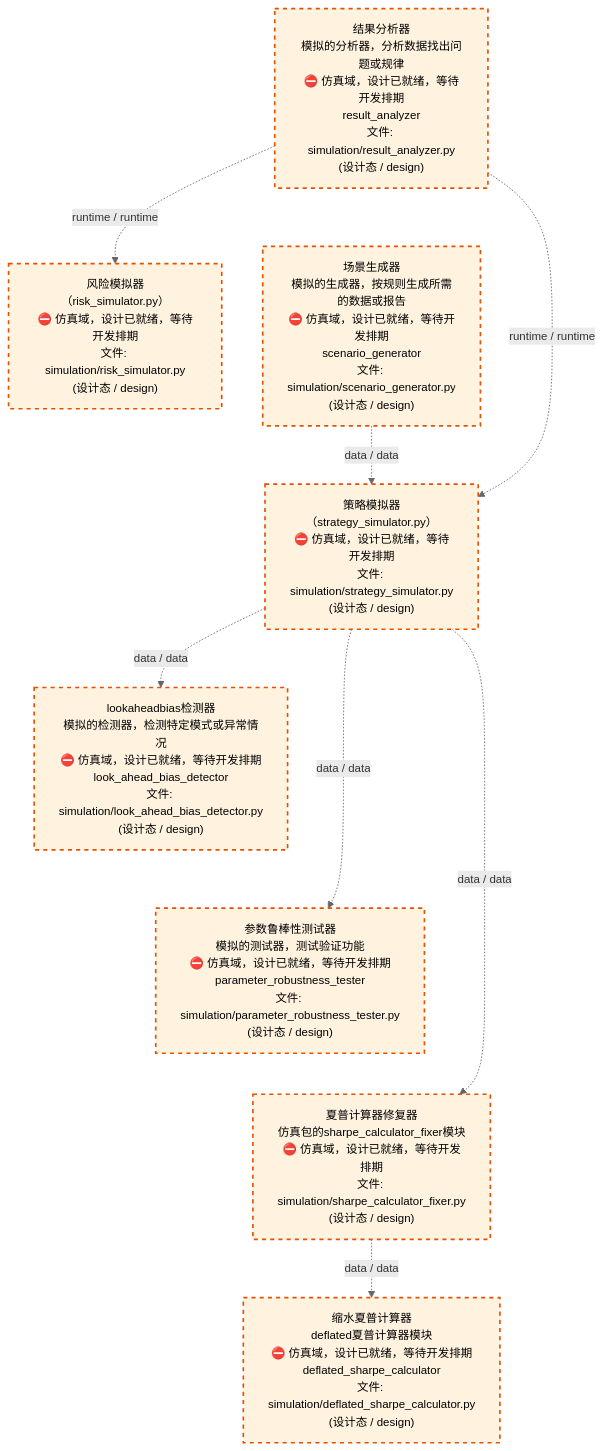
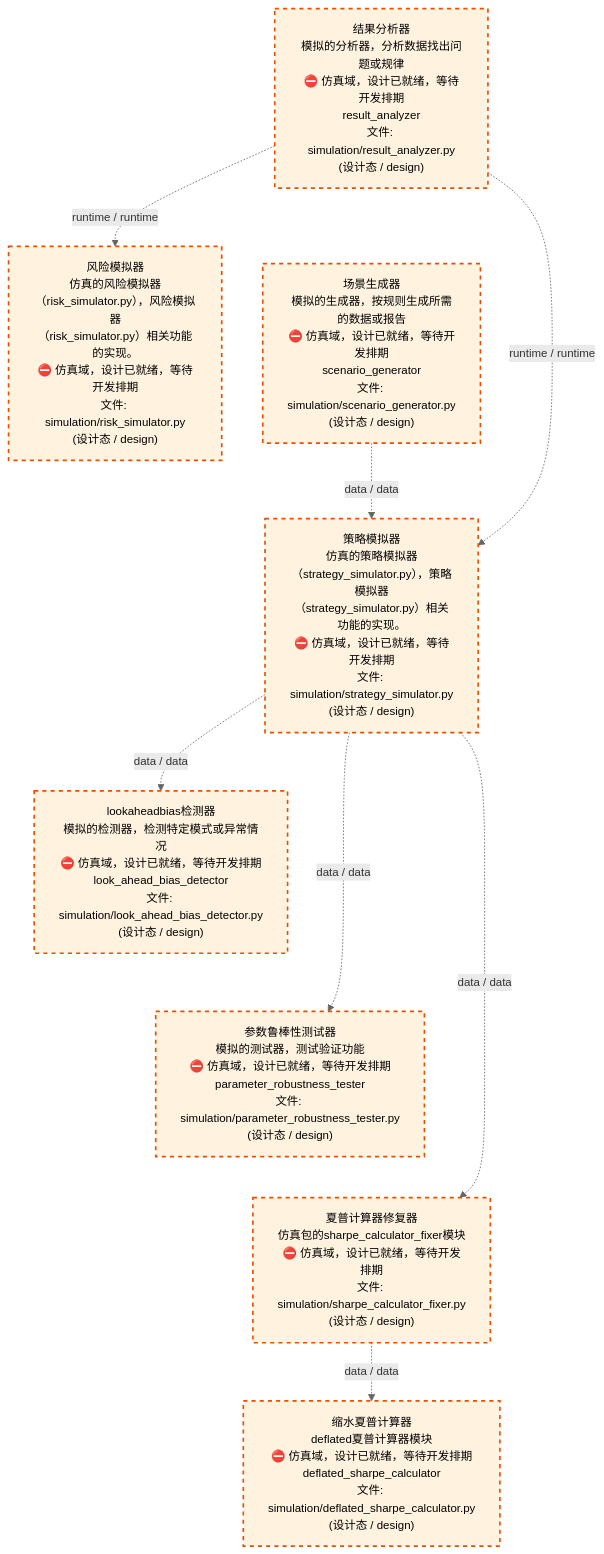
The third of 4 diagrams in docs/02_enterprise_architecture/02_domain_architecture_docs/70_d_simulation.md (xuanFelixVan/ZephyrAlpha), drawn with Mermaid before and after one commit. The commit also changed other lines of this file and 48 other files, not shown here.

````diff
--- a/docs/02_enterprise_architecture/02_domain_architecture_docs/70_d_simulation.md
+++ b/docs/02_enterprise_architecture/02_domain_architecture_docs/70_d_simulation.md
@@ -112,28 +112,28 @@
 ```mermaid
 %%{init: {'theme': 'base', 'themeVariables': {'primaryColor': '#eaeaea', 'primaryTextColor': '#333333', 'primaryBorderColor': '#666666', 'lineColor': '#666666', 'secondaryColor': '#eaeaea', 'tertiaryColor': '#eaeaea', 'fontSize': '14px'}}}%%
 flowchart TD
     src_zephyr_simulation_result_analyzer_py["结果分析器<br/>模拟的分析器，分析数据找出问题或规律<br/>⛔ 仿真域，设计已就绪，等待开发排期<br/>result_analyzer<br/>文件: simulation/result_analyzer.py<br/>(设计态 / design)"]
     src_zephyr_simulation_scenario_generator_py["场景生成器<br/>模拟的生成器，按规则生成所需的数据或报告<br/>⛔ 仿真域，设计已就绪，等待开发排期<br/>scenario_generator<br/>文件: simulation/scenario_generator.py<br/>(设计态 / design)"]
     src_zephyr_simulation_result_analyzer_py ~~~ src_zephyr_simulation_scenario_generator_py
-    src_zephyr_simulation_risk_simulator_py["风险模拟器<br/>（risk_simulator.py）<br/>⛔ 仿真域，设计已就绪，等待开发排期<br/>文件: simulation/risk_simulator.py<br/>(设计态 / design)"]
-    src_zephyr_simulation_strategy_simulator_py["策略模拟器<br/>（strategy_simulator.py）<br/>⛔ 仿真域，设计已就绪，等待开发排期<br/>文件: simulation/strategy_simulator.py<br/>(设计态 / design)"]
+    src_zephyr_simulation_risk_simulator_py["风险模拟器<br/>仿真的风险模拟器<br/>（risk_simulator.py），风险模拟器<br/>（risk_simulator.py）相关功能的实现。<br/>⛔ 仿真域，设计已就绪，等待开发排期<br/>文件: simulation/risk_simulator.py<br/>(设计态 / design)"]
+    src_zephyr_simulation_strategy_simulator_py["策略模拟器<br/>仿真的策略模拟器<br/>（strategy_simulator.py），策略模拟器<br/>（strategy_simulator.py）相关功能的实现。<br/>⛔ 仿真域，设计已就绪，等待开发排期<br/>文件: simulation/strategy_simulator.py<br/>(设计态 / design)"]
     src_zephyr_simulation_risk_simulator_py ~~~ src_zephyr_simulation_strategy_simulator_py
     src_zephyr_simulation_look_ahead_bias_detector_py["lookaheadbias检测器<br/>模拟的检测器，检测特定模式或异常情况<br/>⛔ 仿真域，设计已就绪，等待开发排期<br/>look_ahead_bias_detector<br/>文件: simulation/look_ahead_bias_detector.py<br/>(设计态 / design)"]
     src_zephyr_simulation_parameter_robustness_tester_py["参数鲁棒性测试器<br/>模拟的测试器，测试验证功能<br/>⛔ 仿真域，设计已就绪，等待开发排期<br/>parameter_robustness_tester<br/>文件: simulation/parameter_robustness_tester.py<br/>(设计态 / design)"]
     src_zephyr_simulation_sharpe_calculator_fixer_py["夏普计算器修复器<br/>仿真包的sharpe_calculator_fixer模块<br/>⛔ 仿真域，设计已就绪，等待开发排期<br/>文件: simulation/sharpe_calculator_fixer.py<br/>(设计态 / design)"]
     src_zephyr_simulation_look_ahead_bias_detector_py ~~~ src_zephyr_simulation_parameter_robustness_tester_py
     src_zephyr_simulation_parameter_robustness_tester_py ~~~ src_zephyr_simulation_sharpe_calculator_fixer_py
     src_zephyr_simulation_deflated_sharpe_calculator_py["缩水夏普计算器<br/>deflated夏普计算器模块<br/>⛔ 仿真域，设计已就绪，等待开发排期<br/>deflated_sharpe_calculator<br/>文件: simulation/deflated_sharpe_calculator.py<br/>(设计态 / design)"]
     src_zephyr_simulation_strategy_simulator_py -.->|data / data| src_zephyr_simulation_parameter_robustness_tester_py
     src_zephyr_simulation_strategy_simulator_py -.->|data / data| src_zephyr_simulation_look_ahead_bias_detector_py
     src_zephyr_simulation_strategy_simulator_py -.->|data / data| src_zephyr_simulation_sharpe_calculator_fixer_py
     src_zephyr_simulation_scenario_generator_py -.->|data / data| src_zephyr_simulation_strategy_simulator_py
     src_zephyr_simulation_result_analyzer_py -.->|runtime / runtime| src_zephyr_simulation_strategy_simulator_py
     src_zephyr_simulation_result_analyzer_py -.->|runtime / runtime| src_zephyr_simulation_risk_simulator_py
     src_zephyr_simulation_sharpe_calculator_fixer_py -.->|data / data| src_zephyr_simulation_deflated_sharpe_calculator_py
     classDef production fill:#e1f5fe,stroke:#01579b,stroke-width:2px,color:#000
     classDef design fill:#fff3e0,stroke:#e65100,stroke-width:2px,color:#000,stroke-dasharray: 5 5
     classDef external_prod fill:#e8f4fd,stroke:#0277bd,stroke-width:1px,color:#000
     classDef external_design fill:#fff8e7,stroke:#ef6c00,stroke-width:1px,color:#000,stroke-dasharray: 5 5
     class src_zephyr_simulation_deflated_sharpe_calculator_py,src_zephyr_simulation_look_ahead_bias_detector_py,src_zephyr_simulation_parameter_robustness_tester_py,src_zephyr_simulation_result_analyzer_py,src_zephyr_simulation_risk_simulator_py,src_zephyr_simulation_scenario_generator_py,src_zephyr_simulation_sharpe_calculator_fixer_py,src_zephyr_simulation_strategy_simulator_py design
 ```
````
